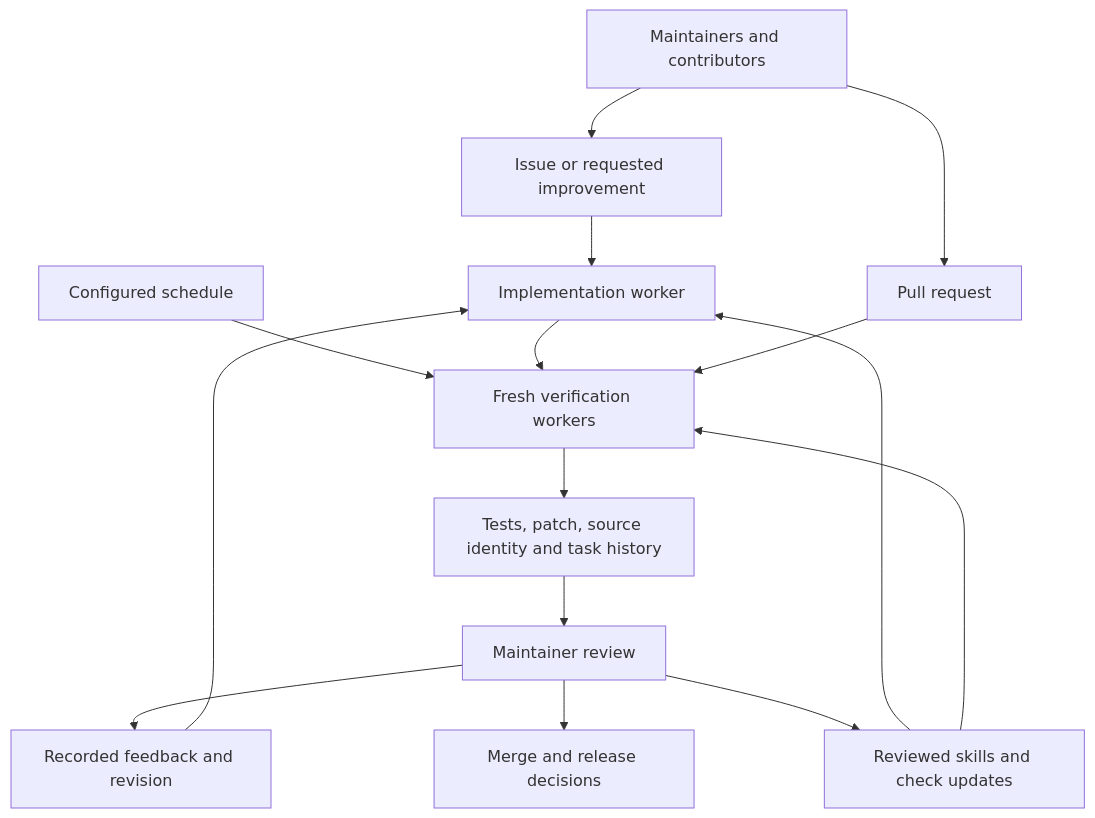
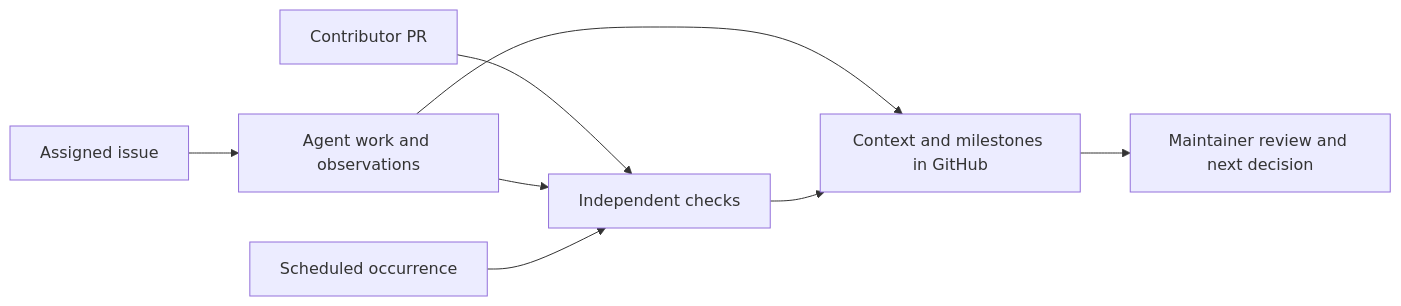
One commit to numinous-technology/d-inference changed the diagram in .forge/README.md. Above: the diagram before and after it, drawn with Mermaid. The commit also changed other lines of this file and 2 other files, not shown here.

Commit message:
Connect PR checks to contextual Forge conversations

````diff
--- a/.forge/README.md
+++ b/.forge/README.md
@@ -14,17 +20,10 @@
 ```mermaid
-flowchart TB
-    People[Maintainers and contributors] --> Request[Issue or requested improvement]
-    People --> PR[Pull request]
-    Clock[Configured schedule] --> Checks
-    Request --> Work[Implementation worker]
-    Work --> Checks[Fresh verification workers]
-    PR --> Checks
-    Checks --> Evidence[Tests, patch, source identity and task history]
-    Evidence --> Review[Maintainer review]
-    Review --> Feedback[Recorded feedback and revision]
-    Feedback --> Work
-    Review --> Merge[Merge and release decisions]
-    Review --> Policy[Reviewed skills and check updates]
-    Policy --> Work
-    Policy --> Checks
+flowchart LR
+    Human[Contributor PR] --> Checks[Independent checks]
+    Request[Assigned issue] --> Agent[Agent work and observations]
+    Agent --> Checks
+    Schedule[Scheduled occurrence] --> Checks
+    Agent --> Conversation[Context and milestones in GitHub]
+    Checks --> Conversation
+    Conversation --> Review[Maintainer review and next decision]
 ```
````
